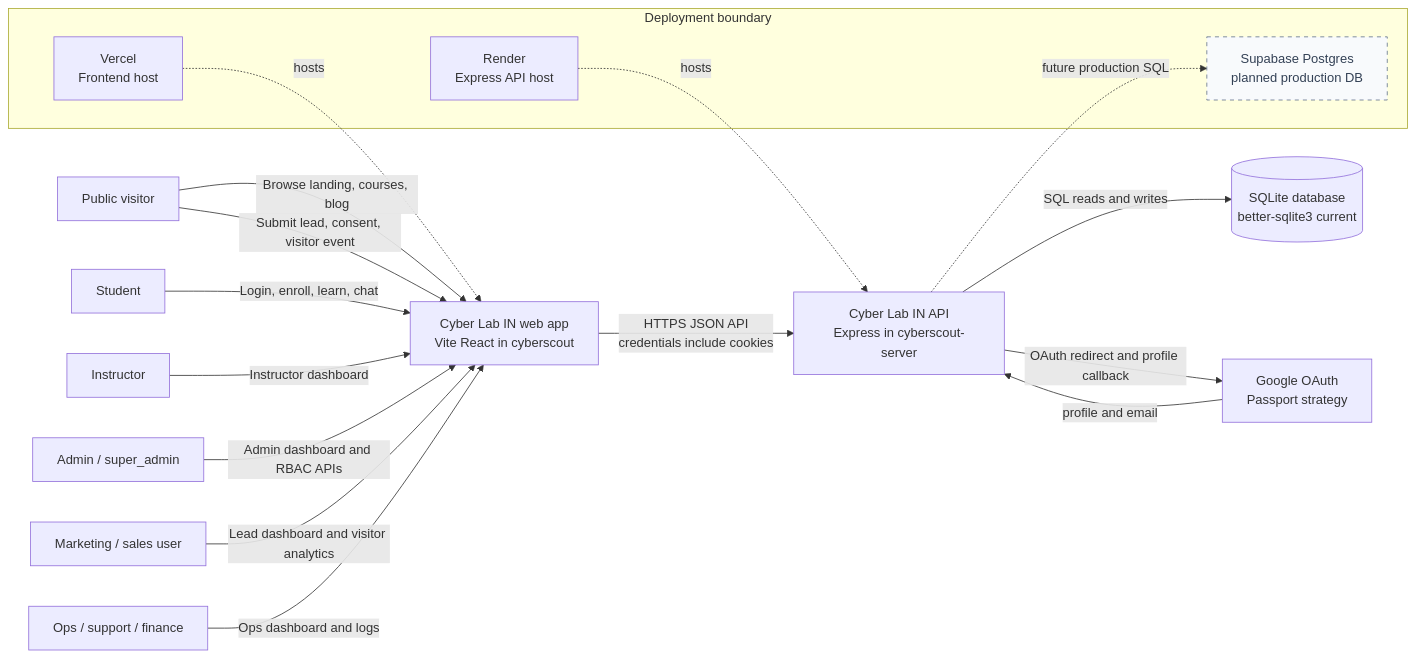
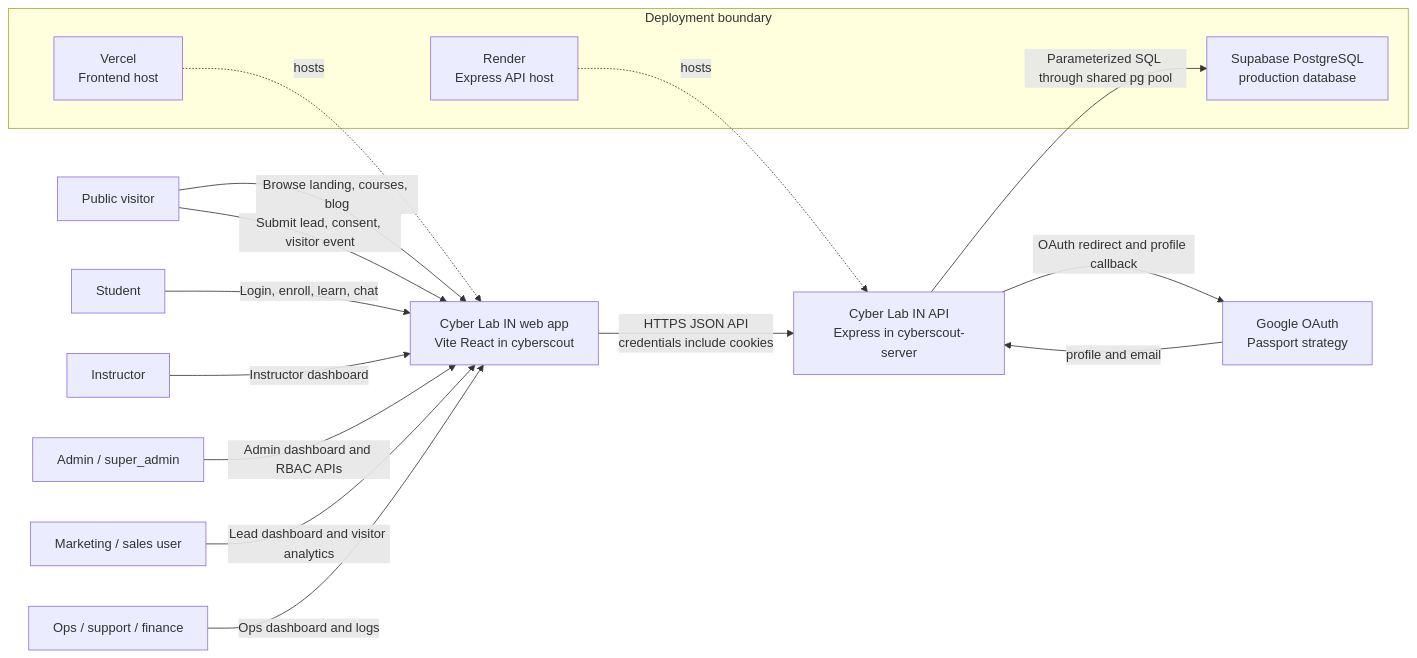
Before and after one commit to arghyasikdar02/cli-monorepo: the diagram in docs/diagrams/context-dfd.mmd, drawn with Mermaid. The commit also changed 30 other files, not shown here.

```diff
--- a/docs/diagrams/context-dfd.mmd
+++ b/docs/diagrams/context-dfd.mmd
@@ -1,38 +1,33 @@
 flowchart LR
   PublicVisitor["Public visitor"]
   Student["Student"]
   Instructor["Instructor"]
   Admin["Admin / super_admin"]
   Marketing["Marketing / sales user"]
   Ops["Ops / support / finance"]
 
   subgraph Hosting["Deployment boundary"]
     Vercel["Vercel\nFrontend host"]
     Render["Render\nExpress API host"]
-    Supabase["Supabase Postgres\nplanned production DB"]
+    Supabase["Supabase PostgreSQL\nproduction database"]
   end
 
   Frontend["Cyber Lab IN web app\nVite React in cyberscout"]
   Backend["Cyber Lab IN API\nExpress in cyberscout-server"]
-  SQLite[("SQLite database\nbetter-sqlite3 current")]
   GoogleOAuth["Google OAuth\nPassport strategy"]
 
   PublicVisitor -->|"Browse landing, courses, blog"| Frontend
   PublicVisitor -->|"Submit lead, consent, visitor event"| Frontend
   Student -->|"Login, enroll, learn, chat"| Frontend
   Instructor -->|"Instructor dashboard"| Frontend
   Admin -->|"Admin dashboard and RBAC APIs"| Frontend
   Marketing -->|"Lead dashboard and visitor analytics"| Frontend
   Ops -->|"Ops dashboard and logs"| Frontend
 
   Vercel -. hosts .-> Frontend
   Render -. hosts .-> Backend
 
   Frontend -->|"HTTPS JSON API\ncredentials include cookies"| Backend
-  Backend -->|"SQL reads and writes"| SQLite
-  Backend -. "future production SQL" .-> Supabase
+  Backend -->|"Parameterized SQL through shared pg pool"| Supabase
   Backend -->|"OAuth redirect and profile callback"| GoogleOAuth
   GoogleOAuth -->|"profile and email"| Backend
-
-  classDef planned fill:#f8fafc,stroke:#64748b,stroke-dasharray:5 5,color:#334155
-  class Supabase planned
```
